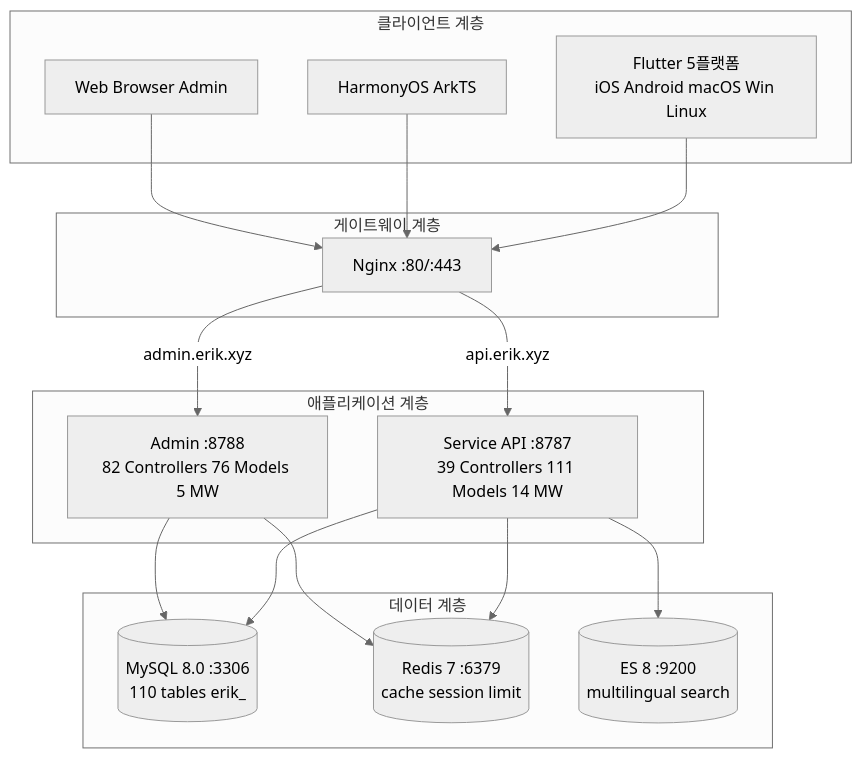
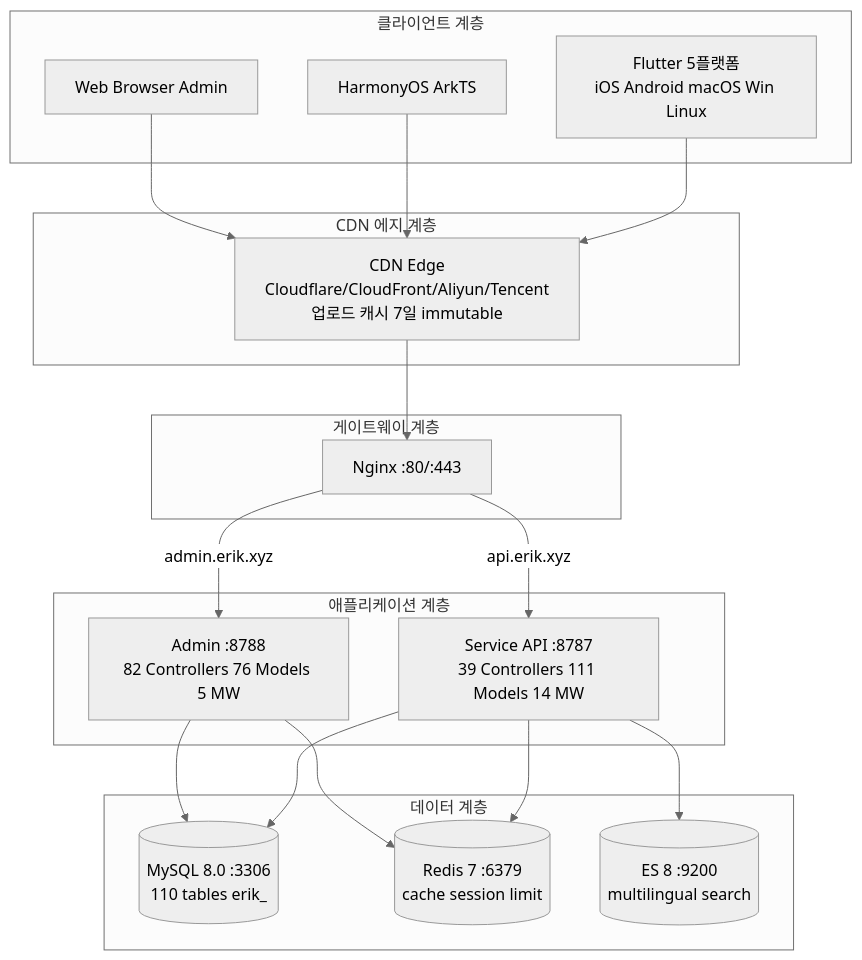
Before and after one commit to erikwang2013/erik-shop: the first of 6 diagrams in docs/i18n/ko/architecture-full.md, drawn with Mermaid (neutral theme). The commit also changed other lines of this file and 191 other files, not shown here.

First line of the commit message:
v1.2.0：CDN 内容分发接入（Origin-Pull 回源 + 四大云厂商适配 + 管理端配置/刷新/日志 + 上传持久化 + 全文档与12语言i18n同步 + Crypto 捐赠图文入库）

````diff
--- a/docs/i18n/ko/architecture-full.md
+++ b/docs/i18n/ko/architecture-full.md
@@ -38,30 +38,34 @@
 ```mermaid
 graph TD
     subgraph Clients[클라이언트 계층]
         F[Flutter 5플랫폼<br/>iOS Android macOS Win Linux]
         H[HarmonyOS ArkTS]
         W[Web Browser Admin]
+    end
+    subgraph Edge[CDN 에지 계층]
+        CDN[CDN Edge<br/>Cloudflare/CloudFront/Aliyun/Tencent<br/>업로드 캐시 7일 immutable]
     end
     subgraph Gateway[게이트웨이 계층]
         N[Nginx :80/:443]
     end
     subgraph Apps[애플리케이션 계층]
         S[Service API :8787<br/>39 Controllers 111 Models 14 MW]
         A[Admin :8788<br/>82 Controllers 76 Models 5 MW]
     end
     subgraph Data[데이터 계층]
         M[(MySQL 8.0 :3306<br/>110 tables erik_)]
         R[(Redis 7 :6379<br/>cache session limit)]
         E[(ES 8 :9200<br/>multilingual search)]
     end
-    F --> N
-    H --> N
-    W --> N
+    F --> CDN
+    H --> CDN
+    W --> CDN
+    CDN --> N
     N -->|api.erik.xyz| S
     N -->|admin.erik.xyz| A
     S --> M
     S --> R
     S --> E
     A --> M
     A --> R
 ```
````
